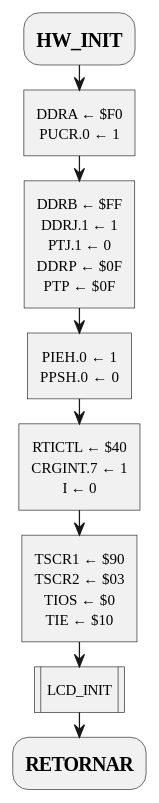
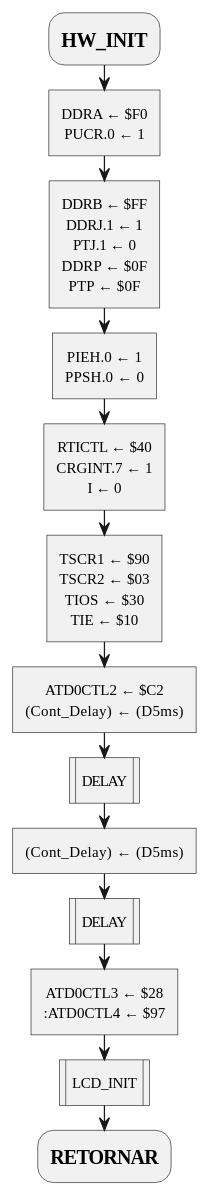
One commit to mlndz28/pr-623 changed the first of 22 diagrams in report.md. Above: the diagram before and after it, drawn with PlantUML. The commit also changed other lines of this file and 1 other file, not shown here.

````diff
--- a/report.md
+++ b/report.md
@@ -83,25 +93,32 @@
 ```plantuml
 @startuml
 skinparam monochrome true
 skinparam defaultTextAlignment center
 
 :=HW_INIT;
 :DDRA ← $F0
 PUCR.0 ← 1]
 :DDRB ← $FF
 DDRJ.1 ← 1
 PTJ.1 ← 0
 DDRP ← $0F
 PTP ← $0F]
 :PIEH.0 ← 1
 PPSH.0 ← 0]
 :RTICTL ← $40
 CRGINT.7 ← 1
 I ← 0]
 :TSCR1 ← $90
 TSCR2 ← $03
-TIOS ← $0
+TIOS ← $30
 TIE ← $10]
+:ATD0CTL2 ← $C2
+(Cont_Delay) ← (D5ms)]
+:DELAY|
+:(Cont_Delay) ← (D5ms)]
+:DELAY|
+:ATD0CTL3 ← $28
+:ATD0CTL4 ← $97]
 :LCD_INIT|
 :=RETORNAR;
 ```
````
